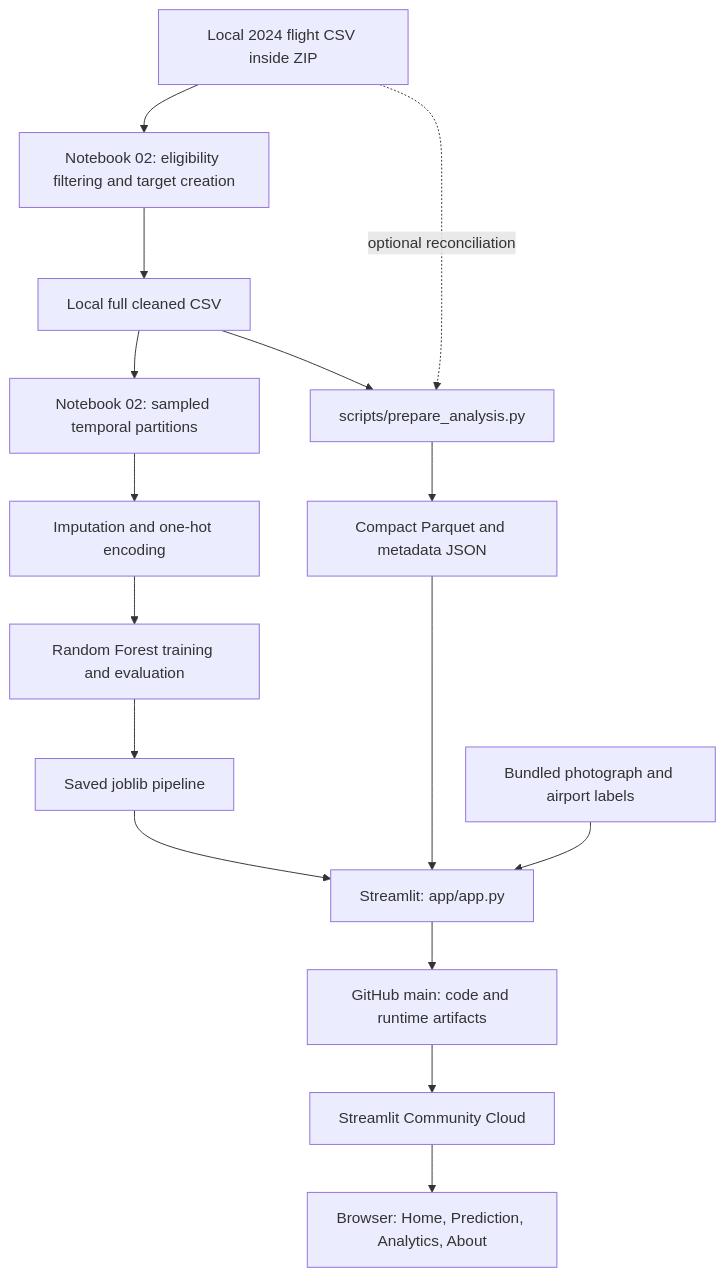
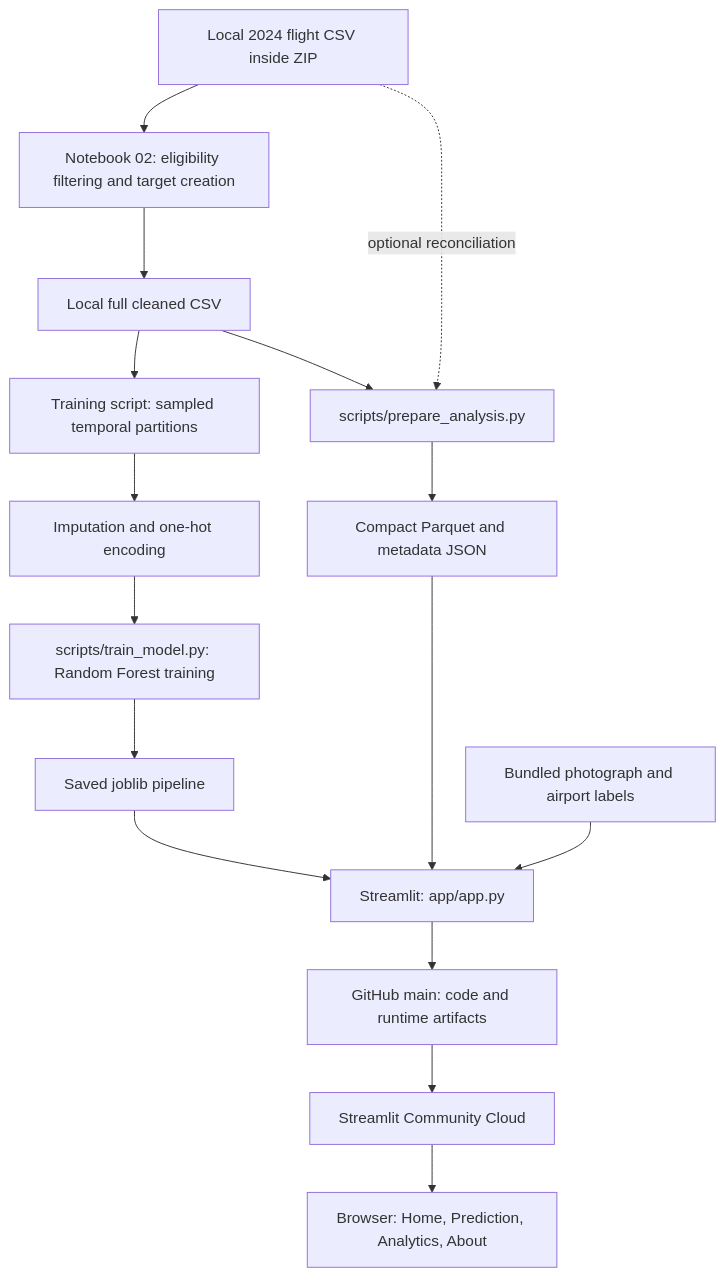
Before and after one commit to meraahhh/Flight_Delay_Prediction: the diagram in README.md, drawn with Mermaid. The commit also changed other lines of this file and 2 other files, not shown here.

Commit message:
Add standalone final Random Forest training workflow and synthetic tests

````diff
--- a/README.md
+++ b/README.md
@@ -18,18 +18,18 @@
 ```mermaid
 flowchart TD
     RAW[Local 2024 flight CSV inside ZIP] --> CLEAN[Notebook 02: eligibility filtering and target creation]
     CLEAN --> CSV[Local full cleaned CSV]
-    CSV --> SAMPLE[Notebook 02: sampled temporal partitions]
+    CSV --> SAMPLE[Training script: sampled temporal partitions]
     SAMPLE --> PREP[Imputation and one-hot encoding]
-    PREP --> TRAIN[Random Forest training and evaluation]
+    PREP --> TRAIN[scripts/train_model.py: Random Forest training]
     TRAIN --> MODEL[Saved joblib pipeline]
     CSV --> BUILD[scripts/prepare_analysis.py]
     RAW -. optional reconciliation .-> BUILD
     BUILD --> ANALYSIS[Compact Parquet and metadata JSON]
     MODEL --> APP[Streamlit: app/app.py]
     ANALYSIS --> APP
     ASSETS[Bundled photograph and airport labels] --> APP
     APP --> GIT[GitHub main: code and runtime artifacts]
     GIT --> CLOUD[Streamlit Community Cloud]
     CLOUD --> USER[Browser: Home, Prediction, Analytics, About]
 ```
````
